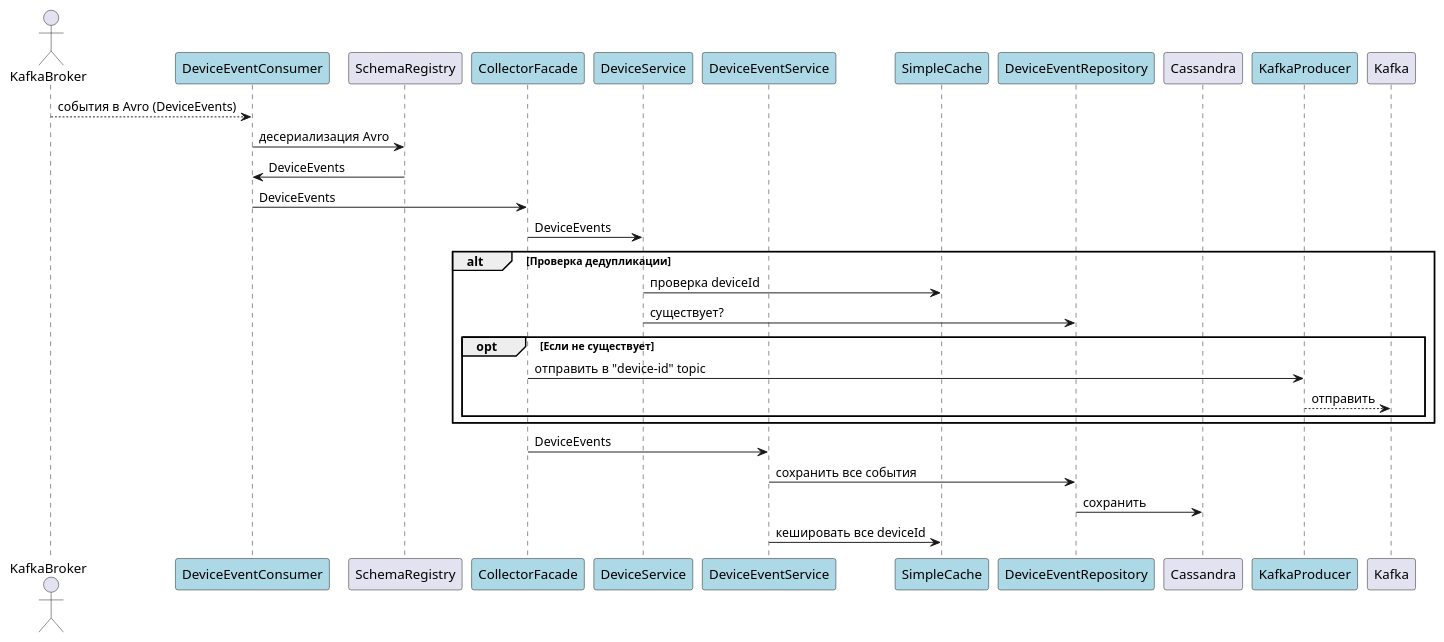
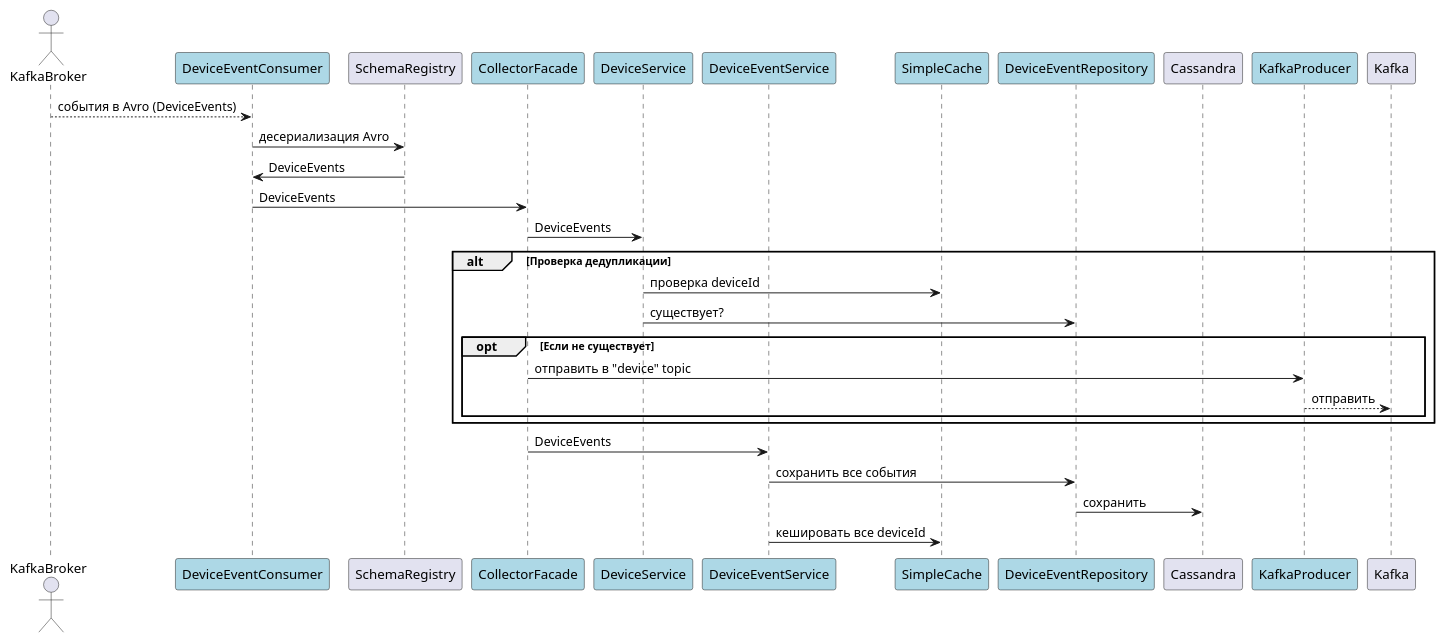
Before and after one commit to ApenDover/ourcode-iot-platform: the diagram in diagrams/event-collector/event-collector-sequence.puml, drawn with PlantUML. The commit also changed 187 other files, not shown here.

```diff
--- a/diagrams/event-collector/event-collector-sequence.puml
+++ b/diagrams/event-collector/event-collector-sequence.puml
@@ -1,34 +1,34 @@
 @startuml
 actor KafkaBroker
 participant "DeviceEventConsumer" as DEC  #lightblue
 participant "SchemaRegistry" as AVRO
 participant "CollectorFacade" as KF  #lightblue
 participant "DeviceService" as DS  #lightblue
 participant "DeviceEventService" as DES  #lightblue
 participant "SimpleCache" as CACHE #lightblue
 participant "DeviceEventRepository" as REPO  #lightblue
 participant "Cassandra" as DB
 participant "KafkaProducer" as KP  #lightblue
 participant "Kafka" as KAFKA
 
 KafkaBroker --> DEC : события в Avro (DeviceEvents)
 DEC -> AVRO : десериализация Avro
 AVRO -> DEC : DeviceEvents
 DEC -> KF : DeviceEvents
 KF -> DS : DeviceEvents
 
 alt Проверка дедупликации
     DS -> CACHE : проверка deviceId
     DS -> REPO : существует?
     opt Если не существует
-        KF -> KP : отправить в "device-id" topic
+        KF -> KP : отправить в "device" topic
         KP --> KAFKA : отправить
     end
 end
 
 KF -> DES : DeviceEvents
 DES -> REPO : сохранить все события
 REPO -> DB : сохранить
 DES -> CACHE : кешировать все deviceId
 
 @enduml
```
